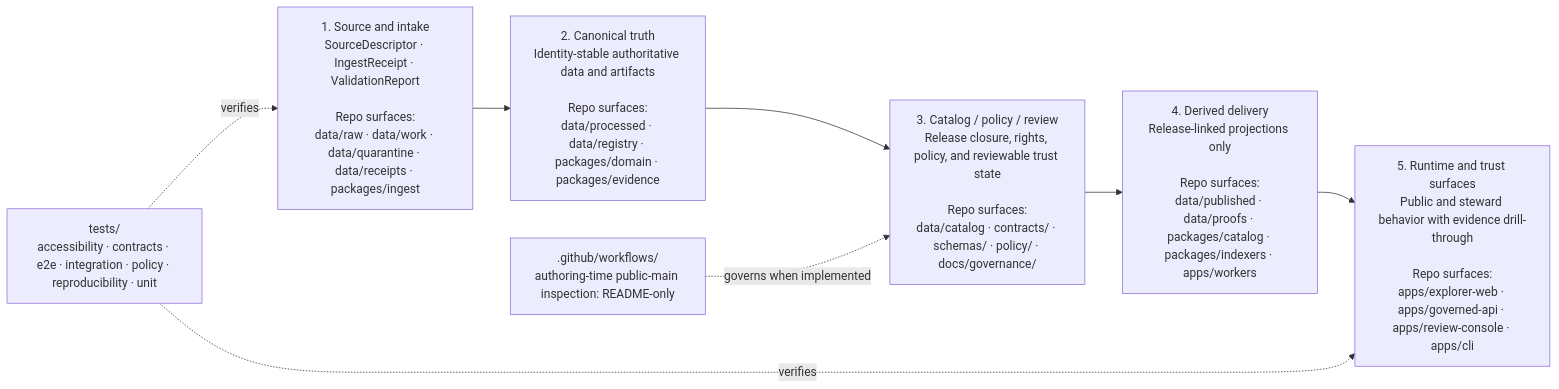
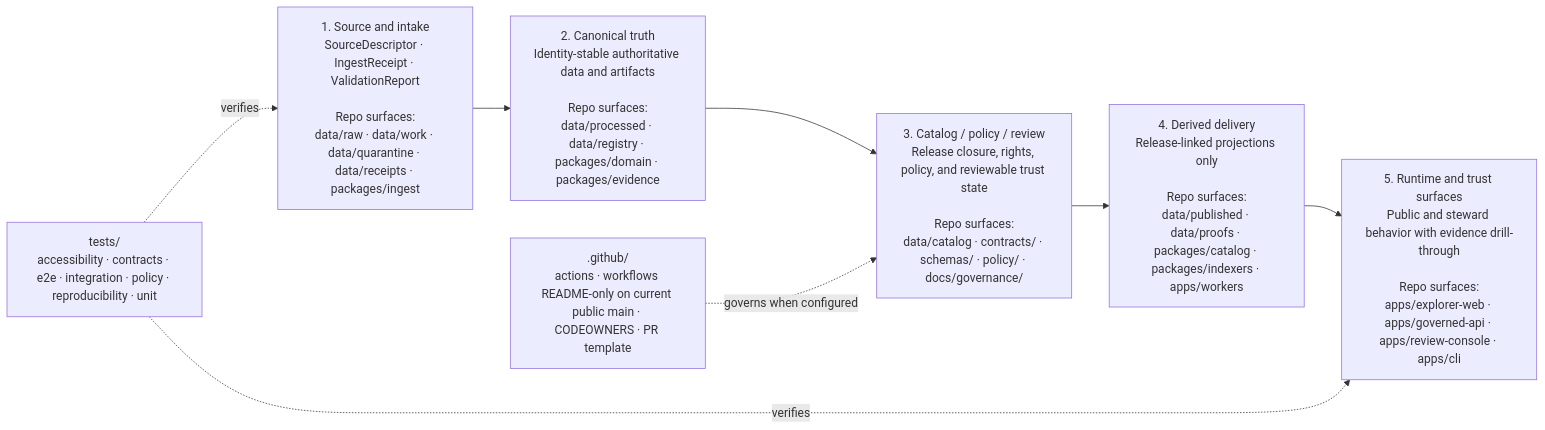
The diagram in docs/architecture/system_overview.md (bartytime4life/Kansas-Frontier-Matrix), drawn with Mermaid before and after one commit. The commit also changed other lines of this file, not shown here.

````diff
--- a/docs/architecture/system_overview.md
+++ b/docs/architecture/system_overview.md
@@ -172,15 +173,15 @@
 ```mermaid
 flowchart LR
     P1["1. Source and intake<br/>SourceDescriptor · IngestReceipt · ValidationReport<br/><br/>Repo surfaces:<br/>data/raw · data/work · data/quarantine · data/receipts · packages/ingest"]
     P2["2. Canonical truth<br/>Identity-stable authoritative data and artifacts<br/><br/>Repo surfaces:<br/>data/processed · data/registry · packages/domain · packages/evidence"]
     P3["3. Catalog / policy / review<br/>Release closure, rights, policy, and reviewable trust state<br/><br/>Repo surfaces:<br/>data/catalog · contracts/ · schemas/ · policy/ · docs/governance/"]
     P4["4. Derived delivery<br/>Release-linked projections only<br/><br/>Repo surfaces:<br/>data/published · data/proofs · packages/catalog · packages/indexers · apps/workers"]
     P5["5. Runtime and trust surfaces<br/>Public and steward behavior with evidence drill-through<br/><br/>Repo surfaces:<br/>apps/explorer-web · apps/governed-api · apps/review-console · apps/cli"]
     T["tests/<br/>accessibility · contracts · e2e · integration · policy · reproducibility · unit"]
-    W[".github/workflows/<br/>authoring-time public-main inspection: README-only"]
+    G[".github/<br/>actions · workflows README-only on current public main · CODEOWNERS · PR template"]
 
     P1 --> P2 --> P3 --> P4 --> P5
     T -. verifies .-> P1
     T -. verifies .-> P5
-    W -. governs when implemented .-> P3
+    G -. governs when configured .-> P3
 ```
````
